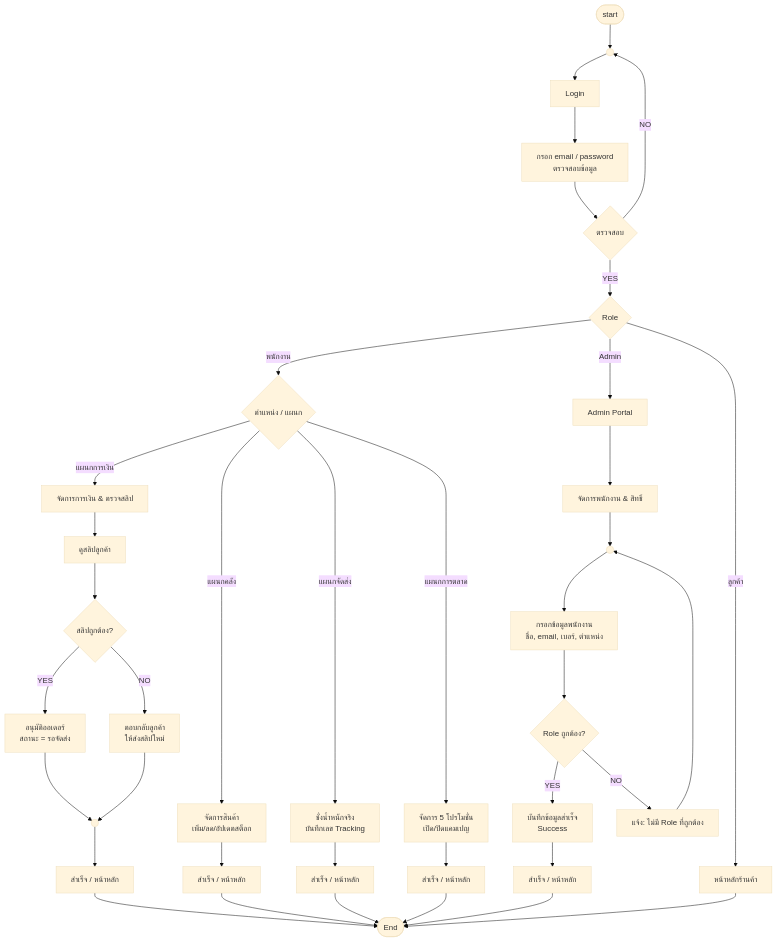
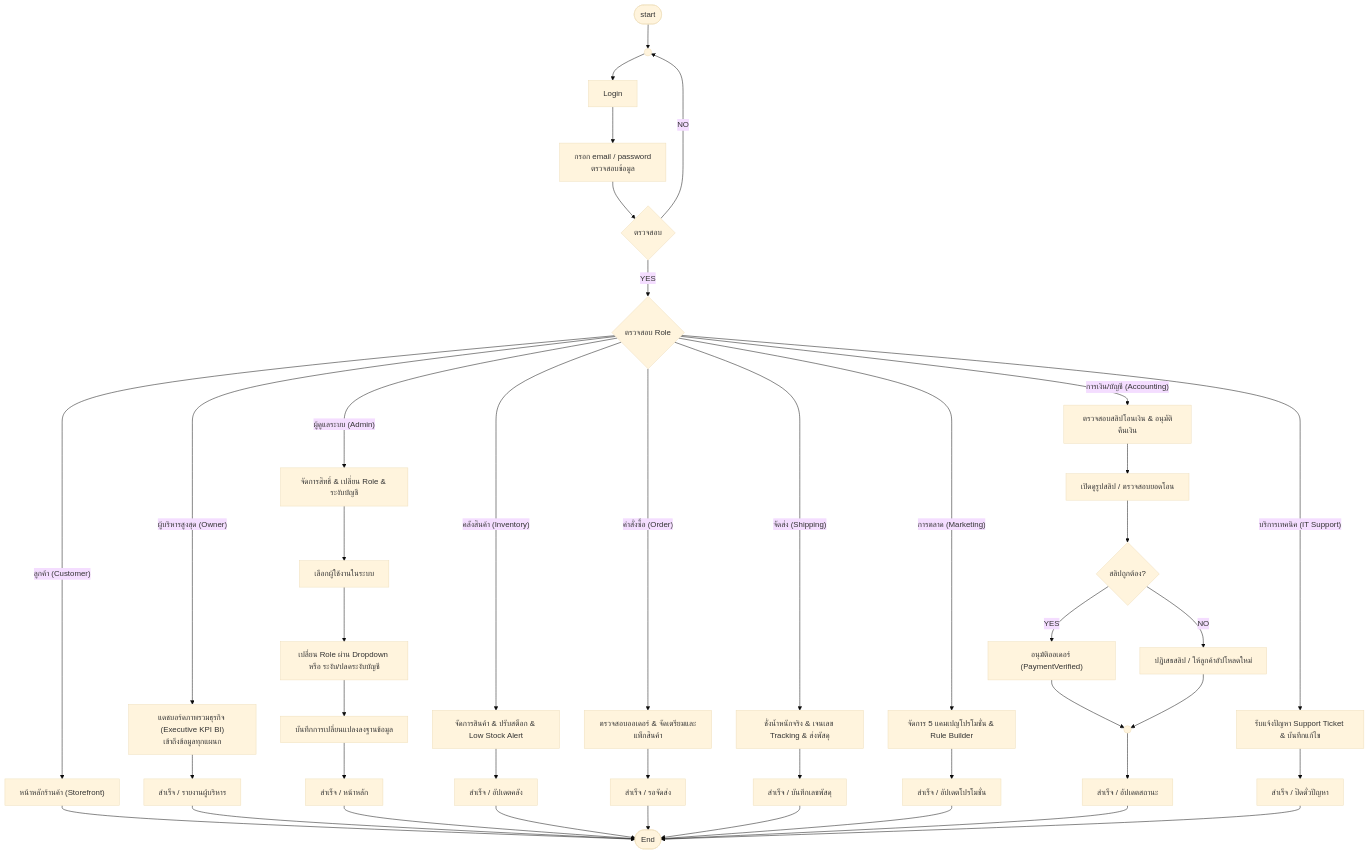
One commit to doraemon-kub/CSI402_Project-final changed the second of 18 diagrams in README.md. Above: the diagram before and after it, drawn with Mermaid (base theme). The commit also changed other lines of this file, not shown here.

Commit message:
docs: update and fix flowcharts per bug.pdf requirements and resolve GitHub Mermaid render errors

````diff
--- a/README.md
+++ b/README.md
@@ -97,47 +97,49 @@
 ```mermaid
 flowchart TD
     Start([start]) --> ConnLogin(( ))
     ConnLogin --> Login[Login]
-    Login --> FillCreds[กรอก email / password\nตรวจสอบข้อมูล]
+    Login --> FillCreds["กรอก email / password\nตรวจสอบข้อมูล"]
     FillCreds --> CheckCreds{ตรวจสอบ}
     CheckCreds -- NO --> ConnLogin
-    CheckCreds -- YES --> CheckRole{Role}
+    CheckCreds -- YES --> CheckRole{"ตรวจสอบ Role"}
     
-    CheckRole -- ลูกค้า --> GoStore[หน้าหลักร้านค้า]
-    CheckRole -- Admin --> AdminBranch[Admin Portal]
-    CheckRole -- พนักงาน --> CheckDept{ตำแหน่ง / แผนก}
+    CheckRole -- "ลูกค้า (Customer)" --> GoStore["หน้าหลักร้านค้า (Storefront)"]
+    CheckRole -- "ผู้บริหารสูงสุด (Owner)" --> OwnerDept["แดชบอร์ดภาพรวมธุรกิจ (Executive KPI BI)\nเข้าถึงข้อมูลทุกแผนก"]
+    CheckRole -- "ผู้ดูแลระบบ (Admin)" --> AdminDept["จัดการสิทธิ์ & เปลี่ยน Role & ระงับบัญชี"]
+    CheckRole -- "คลังสินค้า (Inventory)" --> WhDept["จัดการสินค้า & ปรับสต็อก & Low Stock Alert"]
+    CheckRole -- "คำสั่งซื้อ (Order)" --> OrderDept["ตรวจสอบออเดอร์ & จัดเตรียมและแพ็กสินค้า"]
+    CheckRole -- "จัดส่ง (Shipping)" --> ShipDept["ชั่งน้ำหนักจริง & เจนเลข Tracking & ส่งพัสดุ"]
+    CheckRole -- "การตลาด (Marketing)" --> MktDept["จัดการ 5 แคมเปญโปรโมชั่น & Rule Builder"]
+    CheckRole -- "การเงิน/บัญชี (Accounting)" --> FinDept["ตรวจสอบสลิปโอนเงิน & อนุมัติคืนเงิน"]
+    CheckRole -- "บริการเทคนิค (IT Support)" --> SupportDept["รับแจ้งปัญหา Support Ticket & บันทึกแก้ไข"]
     
-    CheckDept -- แผนกการเงิน --> FinDept[จัดการการเงิน & ตรวจสลิป]
-    FinDept --> CheckSlip[ดูสลิปลูกค้า]
+    AdminDept --> AdminSelect["เลือกผู้ใช้งานในระบบ"]
+    AdminSelect --> AdminAction["เปลี่ยน Role ผ่าน Dropdown หรือ ระงับ/ปลดระงับบัญชี"]
+    AdminAction --> SaveUserDB["บันทึกการเปลี่ยนแปลงลงฐานข้อมูล"]
+    SaveUserDB --> AdminDone["สำเร็จ / หน้าหลัก"]
+    
+    FinDept --> CheckSlip["เปิดดูรูปสลิป / ตรวจสอบยอดโอน"]
     CheckSlip --> IsSlipValid{สลิปถูกต้อง?}
-    IsSlipValid -- YES --> ApprovePay[อนุมัติออเดอร์\nสถานะ = รอจัดส่ง]
-    IsSlipValid -- NO --> RejectPay[ตอบกลับลูกค้า\nให้ส่งสลิปใหม่]
+    IsSlipValid -- YES --> ApprovePay["อนุมัติออเดอร์ (PaymentVerified)"]
+    IsSlipValid -- NO --> RejectPay["ปฏิเสธสลิป / ให้ลูกค้าอัปโหลดใหม่"]
     ApprovePay --> ConnFinDone(( ))
     RejectPay --> ConnFinDone
-    ConnFinDone --> FinDone[สำเร็จ / หน้าหลัก]
+    ConnFinDone --> FinDone["สำเร็จ / อัปเดตสถานะ"]
     
-    CheckDept -- แผนกคลัง --> WhDept[จัดการสินค้า\nเพิ่ม/ลด/อัปเดตสต็อก]
-    WhDept --> WhDone[สำเร็จ / หน้าหลัก]
+    WhDept --> WhDone["สำเร็จ / อัปเดตคลัง"]
+    OrderDept --> OrderDone["สำเร็จ / รอจัดส่ง"]
+    ShipDept --> ShipDone["สำเร็จ / บันทึกเลขพัสดุ"]
+    MktDept --> MktDoneNode["สำเร็จ / อัปเดตโปรโมชั่น"]
+    SupportDept --> SupportDone["สำเร็จ / ปิดตั๋วปัญหา"]
+    OwnerDept --> OwnerDone["สำเร็จ / รายงานผู้บริหาร"]
     
-    CheckDept -- แผนกจัดส่ง --> ShipDept[ชั่งน้ำหนักจริง\nบันทึกเลข Tracking]
-    ShipDept --> ShipDone[สำเร็จ / หน้าหลัก]
-    
-    CheckDept -- แผนกการตลาด --> MktDept[จัดการ 5 โปรโมชั่น\nเปิด/ปิดแคมเปญ]
-    MktDept --> MktDone[สำเร็จ / หน้าหลัก]
-    
-    AdminBranch --> AdminAction[จัดการพนักงาน & สิทธิ์]
-    AdminAction --> ConnUser(( ))
-    ConnUser --> AddUserForm[กรอกข้อมูลพนักงาน\nชื่อ, email, เบอร์, ตำแหน่ง]
-    AddUserForm --> CheckAdminRole{Role ถูกต้อง?}
-    CheckAdminRole -- YES --> SaveUserDB[บันทึกข้อมูลสำเร็จ\nSuccess]
-    CheckAdminRole -- NO --> AlertRoleErr[แจ้ง: ไม่มี Role ที่ถูกต้อง]
-    AlertRoleErr --> ConnUser
-    SaveUserDB --> AdminDone[สำเร็จ / หน้าหลัก]
-    
-    FinDone --> End([End])
+    GoStore --> End([End])
+    OwnerDone --> End
+    AdminDone --> End
     WhDone --> End
+    OrderDone --> End
     ShipDone --> End
-    MktDone --> End
-    AdminDone --> End
-    GoStore --> End
+    MktDoneNode --> End
+    FinDone --> End
+    SupportDone --> End
 ```
````
